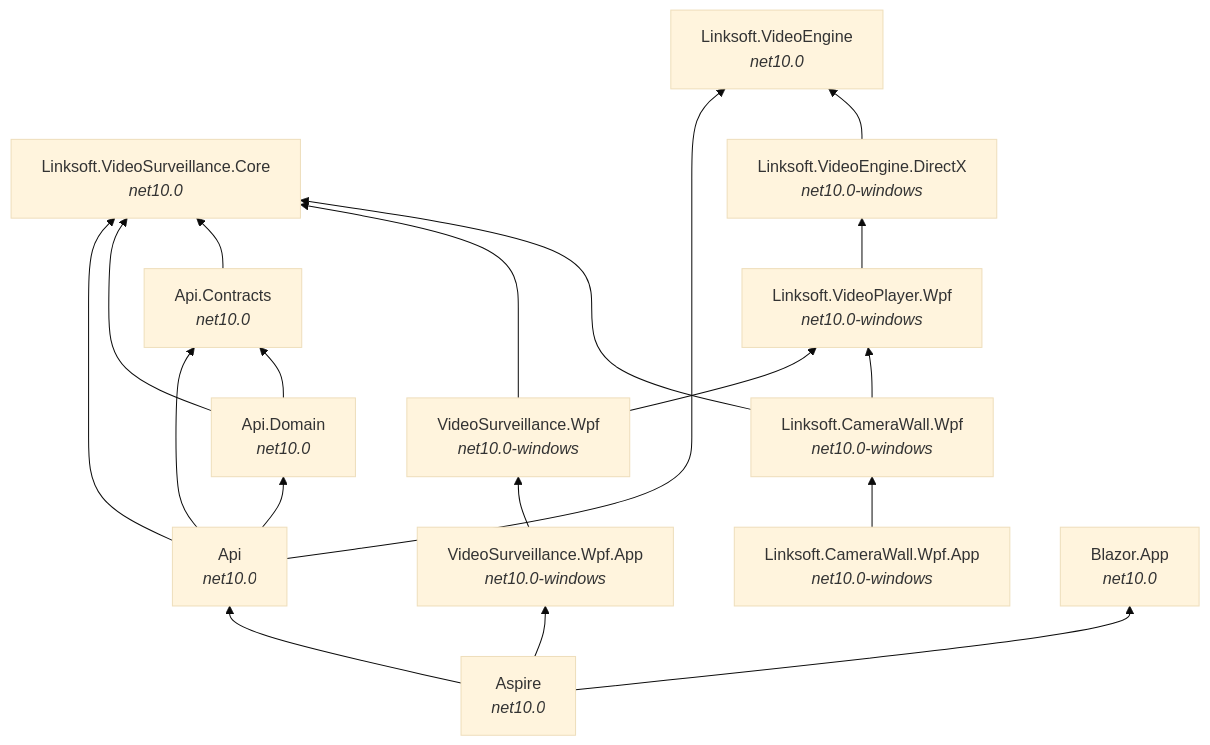
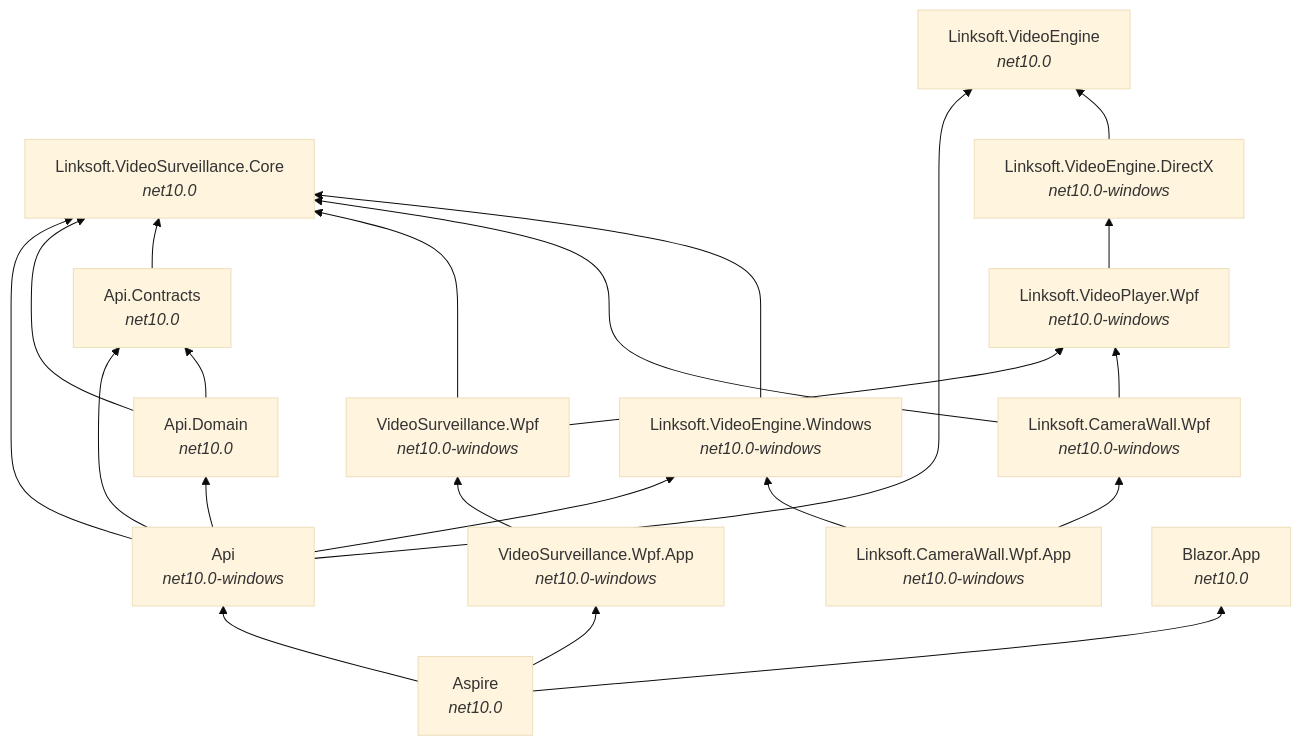
One commit to davidkallesen/Linksoft.VideoSurveillance changed the second of 8 diagrams in docs/architecture.md. Above: the diagram before and after it, drawn with Mermaid (base theme). The commit also changed other lines of this file and 6 other files, not shown here.

First line of the commit message:
docs(usb): add USB camera roadmap and design notes

````diff
--- a/docs/architecture.md
+++ b/docs/architecture.md
@@ -35,35 +35,39 @@
 ```mermaid
 graph BT
     Core["Linksoft.VideoSurveillance.Core<br/><i>net10.0</i>"]
     VE["Linksoft.VideoEngine<br/><i>net10.0</i>"]
     DX["Linksoft.VideoEngine.DirectX<br/><i>net10.0-windows</i>"]
+    VW["Linksoft.VideoEngine.Windows<br/><i>net10.0-windows</i>"]
     VP["Linksoft.VideoPlayer.Wpf<br/><i>net10.0-windows</i>"]
     CW["Linksoft.CameraWall.Wpf<br/><i>net10.0-windows</i>"]
     App["Linksoft.CameraWall.Wpf.App<br/><i>net10.0-windows</i>"]
     VSWpf["VideoSurveillance.Wpf<br/><i>net10.0-windows</i>"]
     VSApp["VideoSurveillance.Wpf.App<br/><i>net10.0-windows</i>"]
     Contracts["Api.Contracts<br/><i>net10.0</i>"]
     Domain["Api.Domain<br/><i>net10.0</i>"]
-    API["Api<br/><i>net10.0</i>"]
+    API["Api<br/><i>net10.0-windows</i>"]
     Blazor["Blazor.App<br/><i>net10.0</i>"]
     Aspire["Aspire<br/><i>net10.0</i>"]
 
     DX --> VE
     VP --> DX
+    VW --> Core
     CW --> Core
     CW --> VP
     App --> CW
+    App --> VW
     VSWpf --> Core
     VSWpf --> VP
     VSApp --> VSWpf
     Contracts --> Core
     Domain --> Contracts
     Domain --> Core
     API --> Domain
     API --> Contracts
     API --> Core
     API --> VE
+    API --> VW
     Aspire --> API
     Aspire --> Blazor
     Aspire --> VSApp
 ```
````
